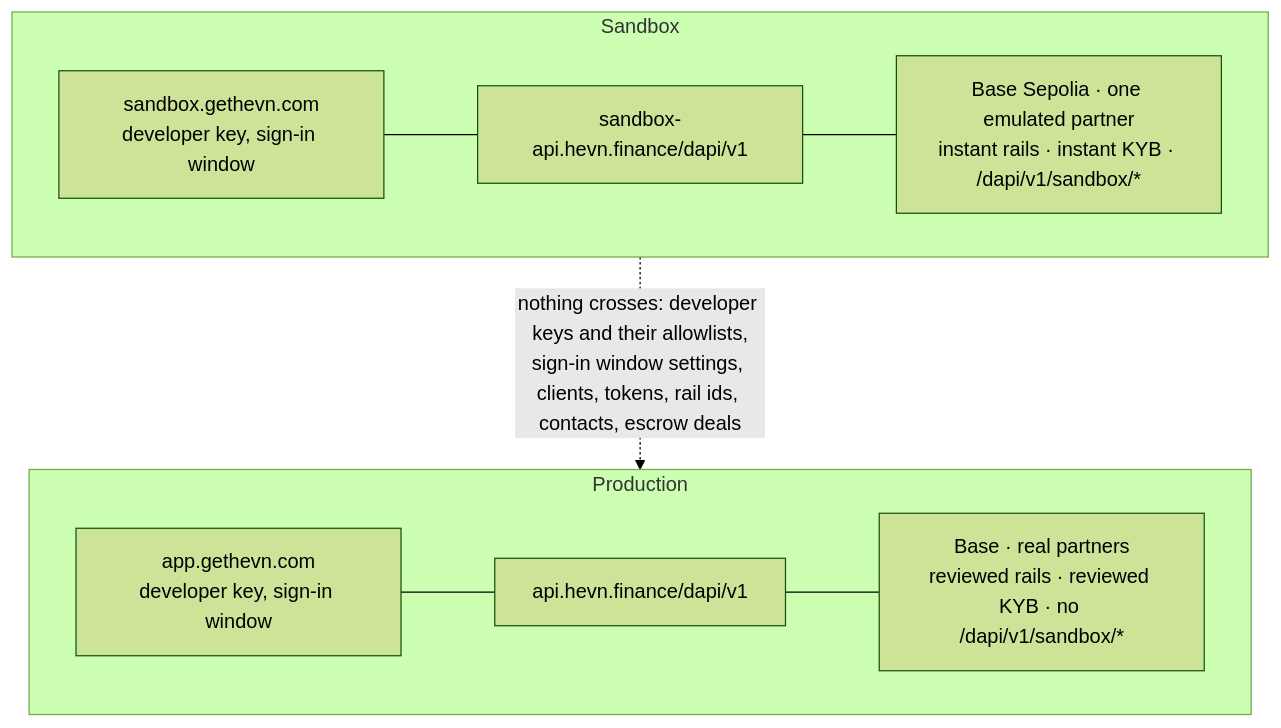
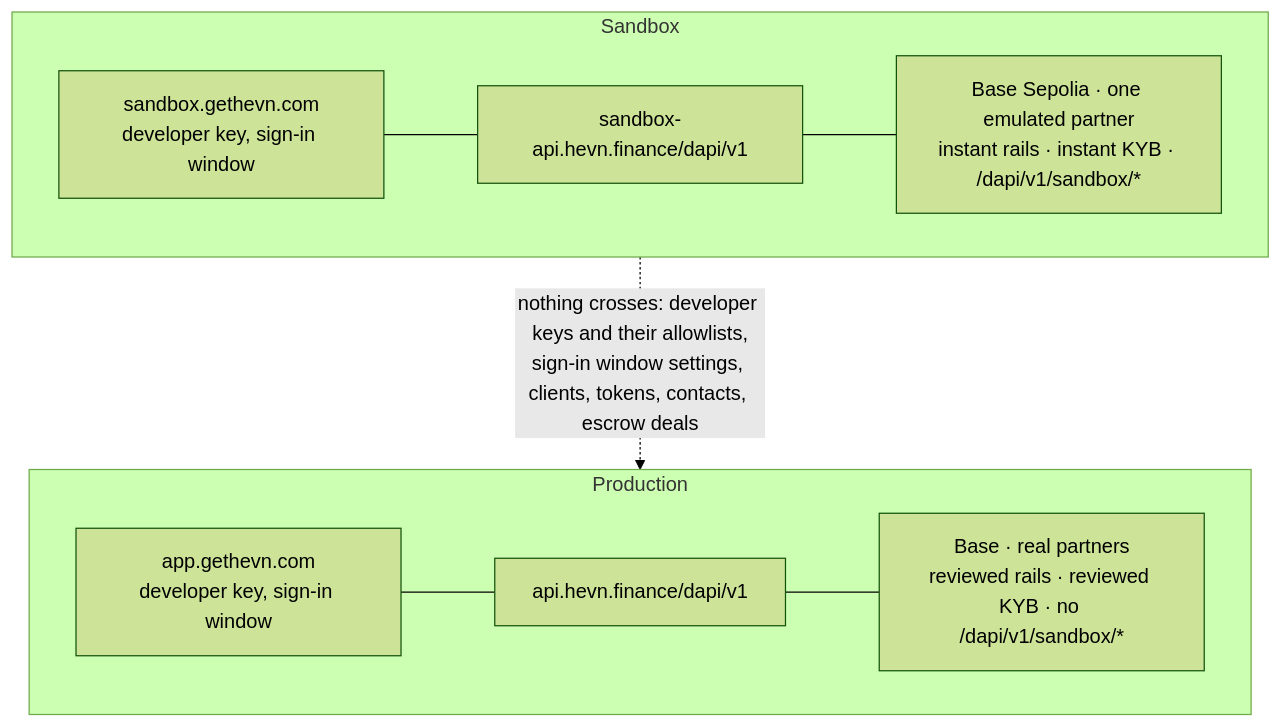
Before and after one commit to hevn-inc/docs: the diagram in whitelabel/going-live.mdx, drawn with Mermaid (forest theme). The commit also changed other lines of this file and 19 other files, not shown here.

````diff
--- a/whitelabel/going-live.mdx
+++ b/whitelabel/going-live.mdx
@@ -10,16 +10,16 @@
 ```mermaid
 flowchart TB
     subgraph Sandbox
         SA["sandbox.gethevn.com<br/>developer key, sign-in window"]
         SB["sandbox-api.hevn.finance/dapi/v1"]
         SC["Base Sepolia · one emulated partner<br/>instant rails · instant KYB · /dapi/v1/sandbox/*"]
         SA --- SB --- SC
     end
     subgraph Production
         PA["app.gethevn.com<br/>developer key, sign-in window"]
         PB["api.hevn.finance/dapi/v1"]
         PC["Base · real partners<br/>reviewed rails · reviewed KYB · no /dapi/v1/sandbox/*"]
         PA --- PB --- PC
     end
-    Sandbox -. "nothing crosses: developer keys and their allowlists,<br/>sign-in window settings, clients, tokens, rail ids, contacts, escrow deals" .-> Production
+    Sandbox -. "nothing crosses: developer keys and their allowlists,<br/>sign-in window settings, clients, tokens, contacts, escrow deals" .-> Production
 ```
````
